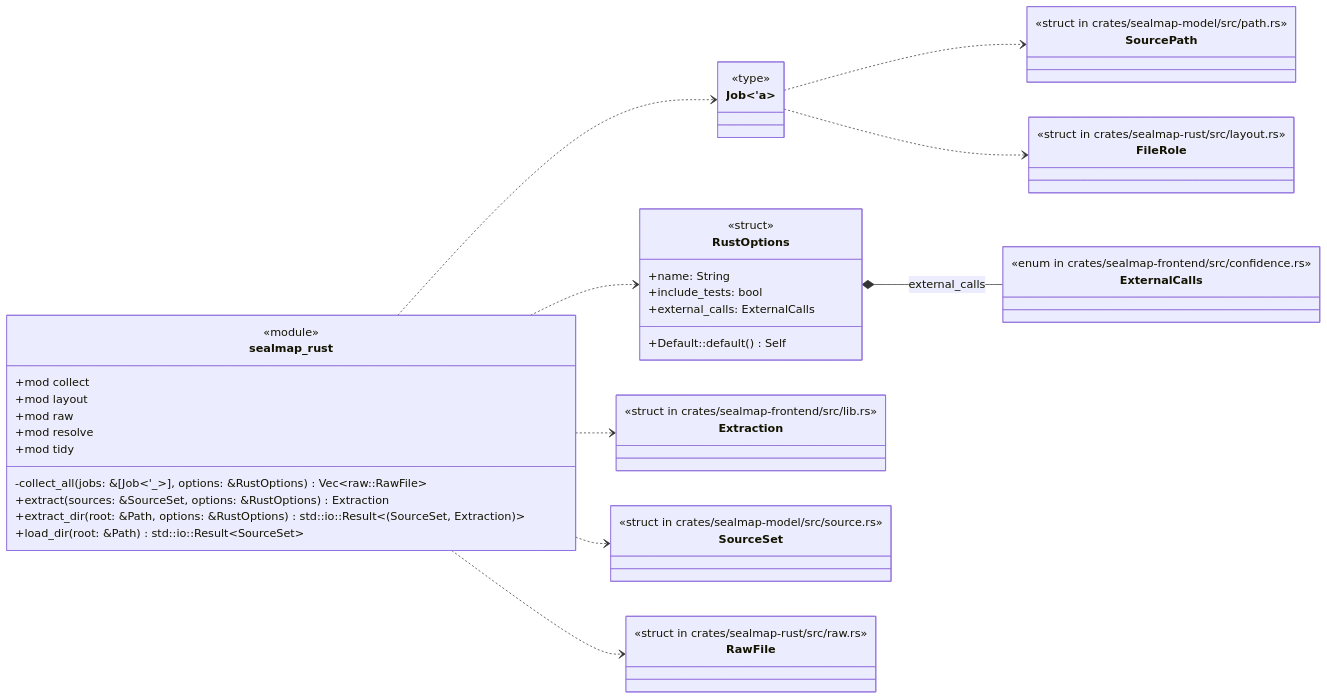
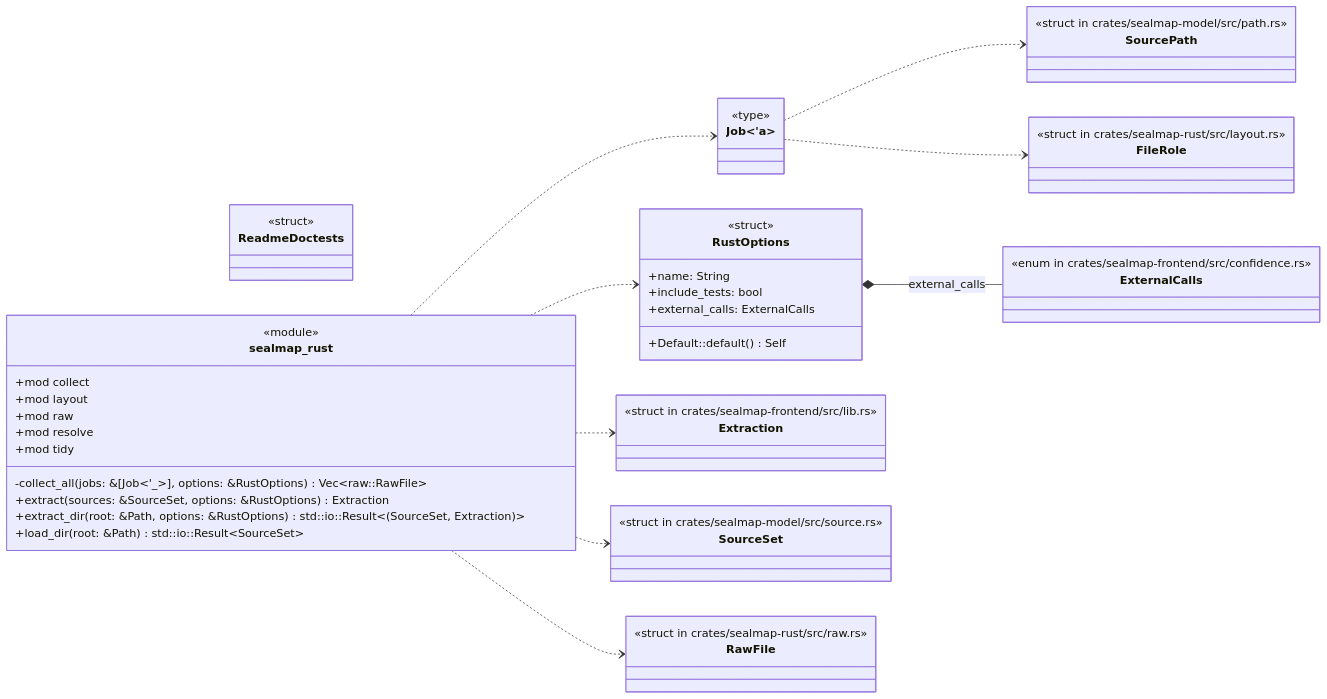
Before and after one commit to DreamLab-AI/codemaid: the first of 5 diagrams in docs/sealmap/crates/sealmap-rust/src/lib.rs.md, drawn with Mermaid. The commit also changed other lines of this file and 29 other files, not shown here.

````diff
--- a/docs/sealmap/crates/sealmap-rust/src/lib.rs.md
+++ b/docs/sealmap/crates/sealmap-rust/src/lib.rs.md
@@ -14,52 +14,55 @@
 ```mermaid
 classDiagram
   direction LR
   class sealmap_rust__Job["Job#lt;'a#gt;"] {
     <<type>>
+  }
+  class sealmap_rust__ReadmeDoctests["ReadmeDoctests"] {
+    <<struct>>
   }
   class sealmap_rust__RustOptions["RustOptions"] {
     <<struct>>
     +name: String
     +include_tests: bool
     +external_calls: ExternalCalls
     +Default::default() Self
   }
   class sealmap_rust {
     <<module>>
     +mod collect
     -collect_all(jobs: &[Job#lt;'_#gt;], options: &RustOptions) Vec#lt;raw::RawFile#gt;
     +extract(sources: &SourceSet, options: &RustOptions) Extraction
     +extract_dir(root: &Path, options: &RustOptions) std::io::Result#lt;#40;SourceSet, Extraction#41;#gt;
     +mod layout
     +load_dir(root: &Path) std::io::Result#lt;SourceSet#gt;
     +mod raw
     +mod resolve
     +mod tidy
   }
   class sealmap_frontend__Extraction["Extraction"] {
     <<struct in crates/sealmap-frontend/src/lib.rs>>
   }
   class sealmap_model__source__SourceSet["SourceSet"] {
     <<struct in crates/sealmap-model/src/source.rs>>
   }
   class sealmap_rust__raw__RawFile["RawFile"] {
     <<struct in crates/sealmap-rust/src/raw.rs>>
   }
   class sealmap_model__path__SourcePath["SourcePath"] {
     <<struct in crates/sealmap-model/src/path.rs>>
   }
   class sealmap_rust__layout__FileRole["FileRole"] {
     <<struct in crates/sealmap-rust/src/layout.rs>>
   }
   class sealmap_frontend__confidence__ExternalCalls["ExternalCalls"] {
     <<enum in crates/sealmap-frontend/src/confidence.rs>>
   }
   sealmap_rust ..> sealmap_frontend__Extraction
   sealmap_rust ..> sealmap_model__source__SourceSet
   sealmap_rust ..> sealmap_rust__Job
   sealmap_rust ..> sealmap_rust__RustOptions
   sealmap_rust ..> sealmap_rust__raw__RawFile
   sealmap_rust__Job ..> sealmap_model__path__SourcePath
   sealmap_rust__Job ..> sealmap_rust__layout__FileRole
   sealmap_rust__RustOptions *-- sealmap_frontend__confidence__ExternalCalls : external_calls
 ```
````
